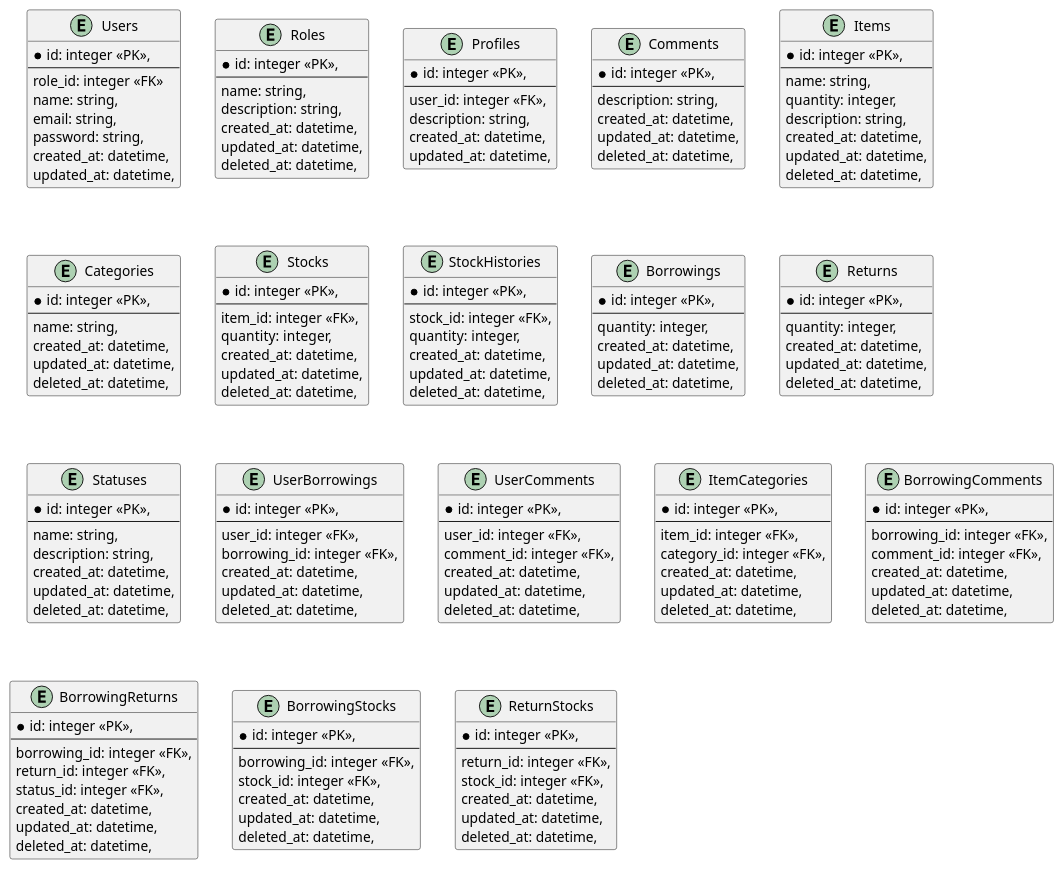
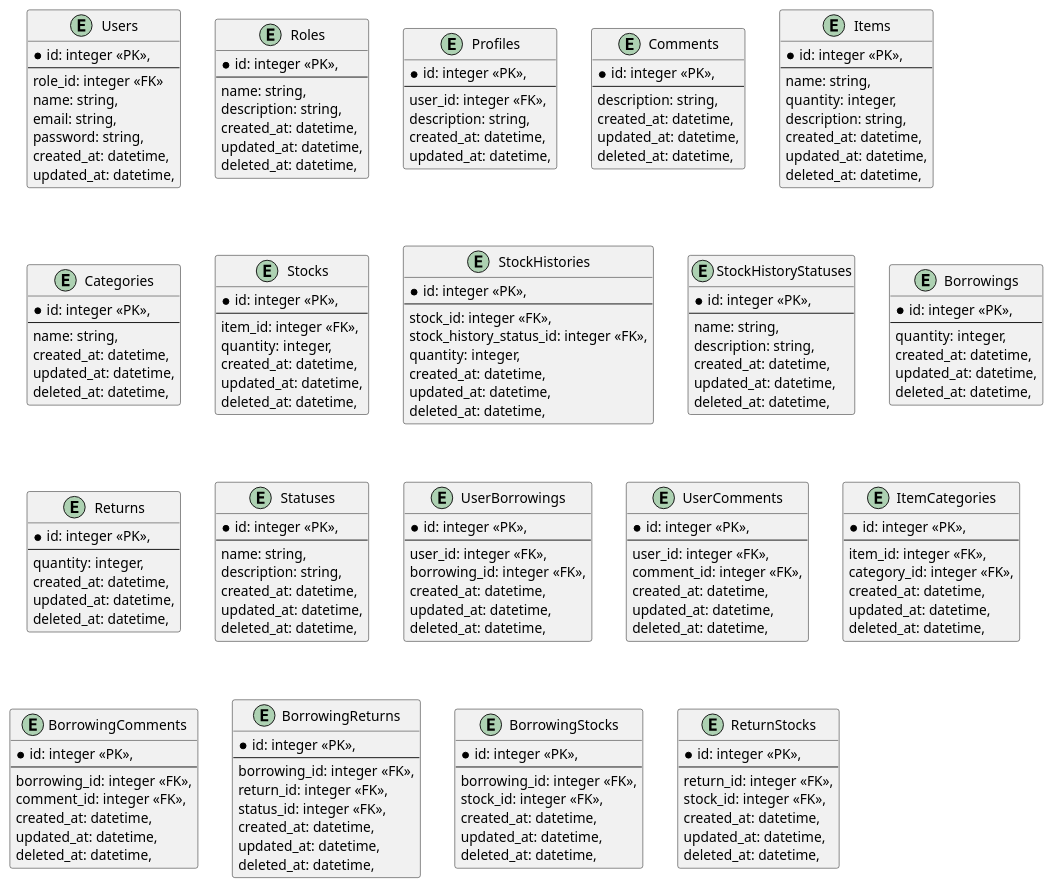
The diagram in blue-print/er-diagrams/tables.pu (Masaya-j9/stock-app-backend), drawn with PlantUML before and after one commit. The commit also changed 2 other files, not shown here.

Commit message:
fix er-diagrams

```diff
--- a/blue-print/er-diagrams/tables.pu
+++ b/blue-print/er-diagrams/tables.pu
@@ -80,7 +80,18 @@
   *id: integer <<PK>>,
   --
   stock_id: integer <<FK>>,
+  stock_history_status_id: integer <<FK>>,
   quantity: integer,
+  created_at: datetime,
+  updated_at: datetime,
+  deleted_at: datetime,
+}
+
+entity "StockHistoryStatuses" as stock_history_statuses {
+  *id: integer <<PK>>,
+  --
+  name: string,
+  description: string,
   created_at: datetime,
   updated_at: datetime,
   deleted_at: datetime,
```
